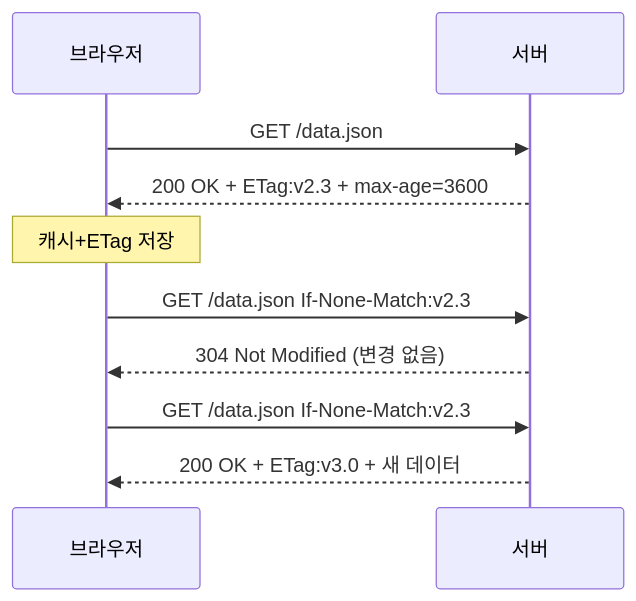
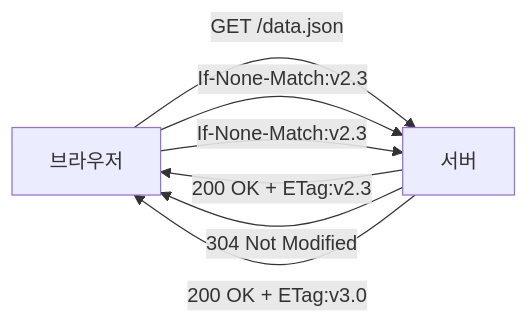
One commit to yjkim2015/yjkim2015.github.io changed the fourth of 4 diagrams in _posts/http/2021-02-07-http-8.md. Above: the diagram before and after it, drawn with Mermaid. The commit also changed other lines of this file and 9 other files, not shown here.

````diff
--- a/_posts/http/2021-02-07-http-8.md
+++ b/_posts/http/2021-02-07-http-8.md
@@ -142,12 +133,9 @@
 ```mermaid
-sequenceDiagram
-    participant C as 브라우저
-    participant S as 서버
-    C->>S: GET /data.json
-    S-->>C: 200 OK + ETag:v2.3 + max-age=3600
-    Note over C: 캐시+ETag 저장
-    C->>S: GET /data.json If-None-Match:v2.3
-    S-->>C: 304 Not Modified (변경 없음)
-    C->>S: GET /data.json If-None-Match:v2.3
-    S-->>C: 200 OK + ETag:v3.0 + 새 데이터
+graph LR
+    C["브라우저"] -->|"GET /data.json"| S["서버"]
+    S -->|"200 OK + ETag:v2.3"| C
+    C -->|"If-None-Match:v2.3"| S
+    S -->|"304 Not Modified"| C
+    C -->|"If-None-Match:v2.3"| S
+    S -->|"200 OK + ETag:v3.0"| C
 ```
````
